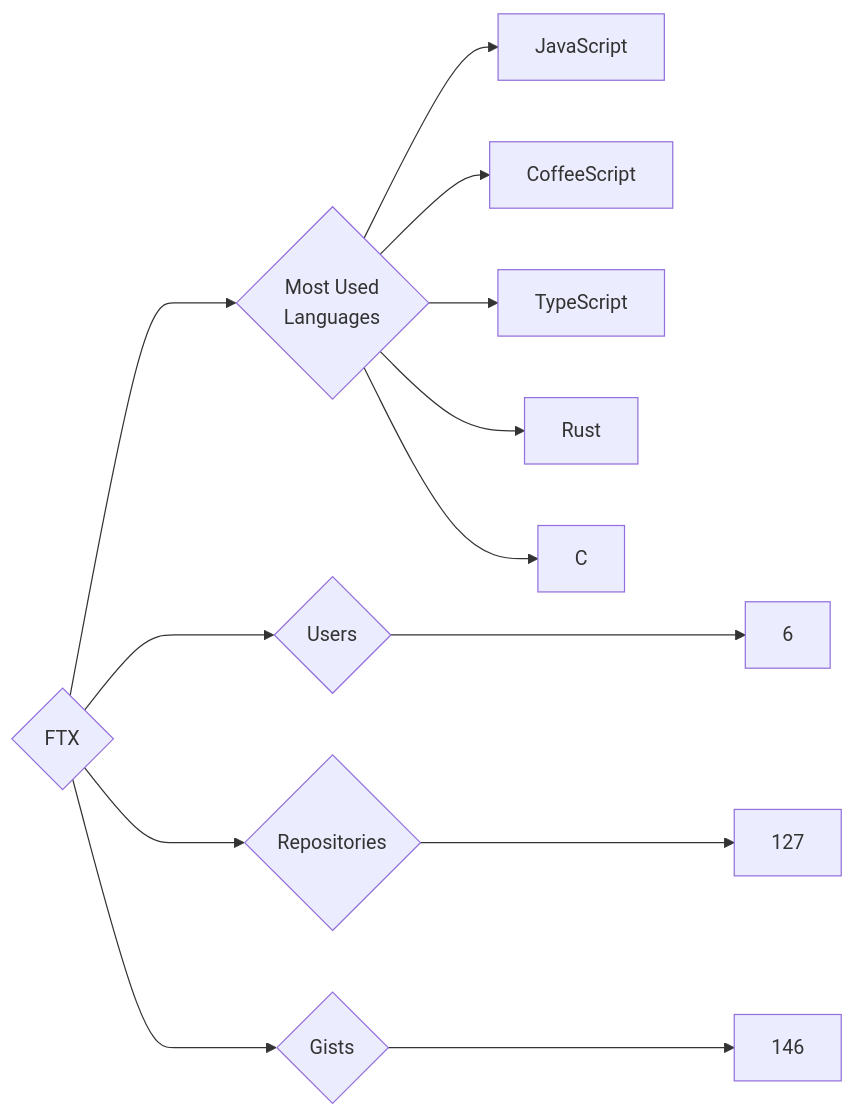
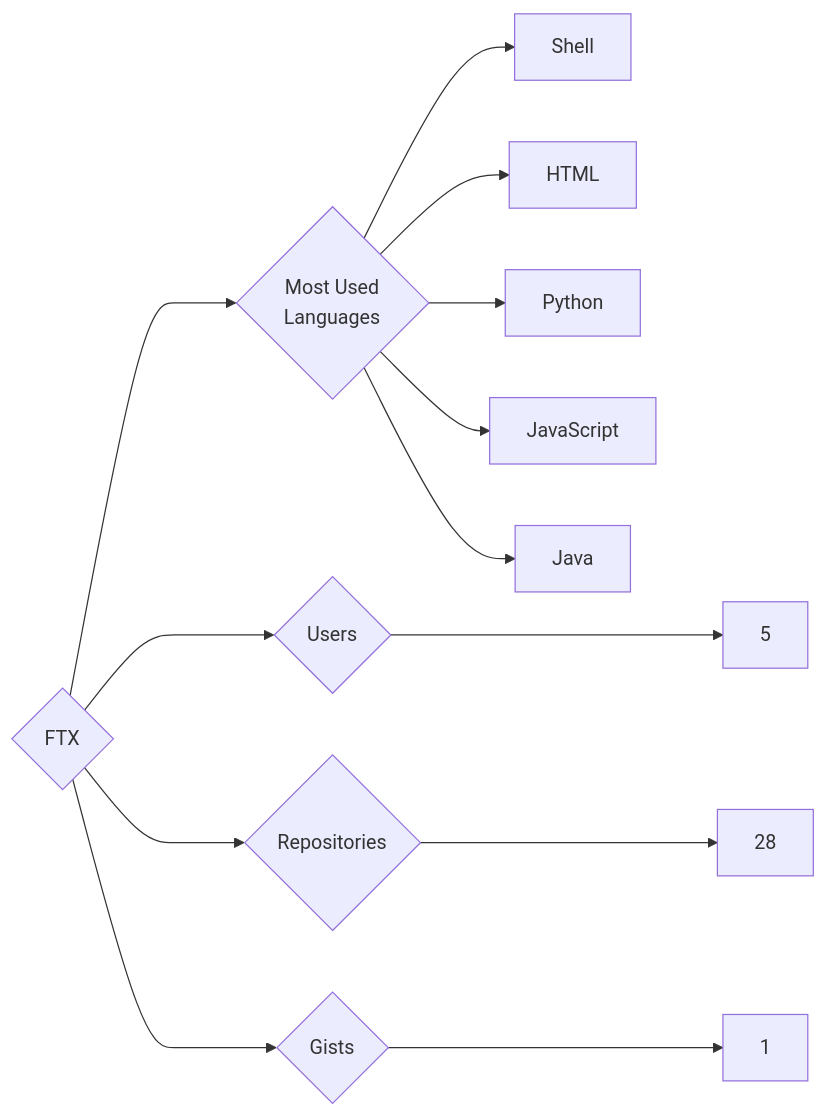
Before and after one commit to trickest/insiders: the diagram in targets/FTX/README.md, drawn with Mermaid. The commit also changed 912 other files, not shown here.

````diff
--- a/targets/FTX/README.md
+++ b/targets/FTX/README.md
@@ -3,13 +3,13 @@
 ```mermaid
 graph LR
 COMPANY_NAME{FTX}
-COMPANY_NAME ---> U{Users} ---> UN[6]
-COMPANY_NAME ---> R{Repositories} ---> RN[127]
-COMPANY_NAME ---> G{Gists} ---> GN[146]
+COMPANY_NAME ---> U{Users} ---> UN[5]
+COMPANY_NAME ---> R{Repositories} ---> RN[28]
+COMPANY_NAME ---> G{Gists} ---> GN[1]
 COMPANY_NAME ---> ML{Most Used<br>Languages}
+ML --> Shell[Shell]
+ML --> HTML[HTML]
+ML --> Python[Python]
 ML --> JavaScript[JavaScript]
-ML --> CoffeeScript[CoffeeScript]
-ML --> TypeScript[TypeScript]
-ML --> Rust[Rust]
-ML --> C[C]
+ML --> Java[Java]
 ```
````
